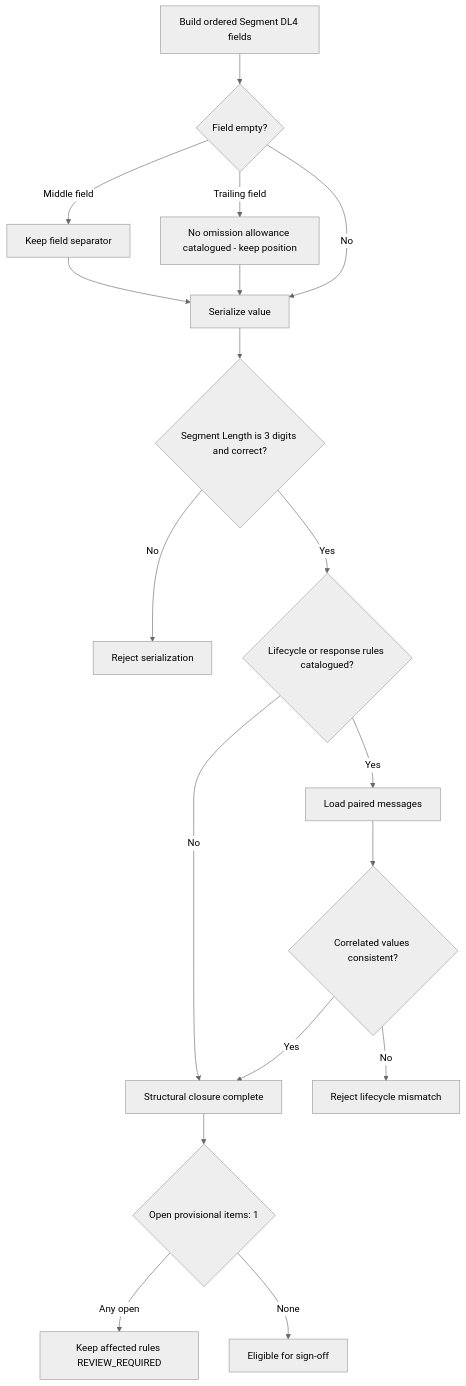
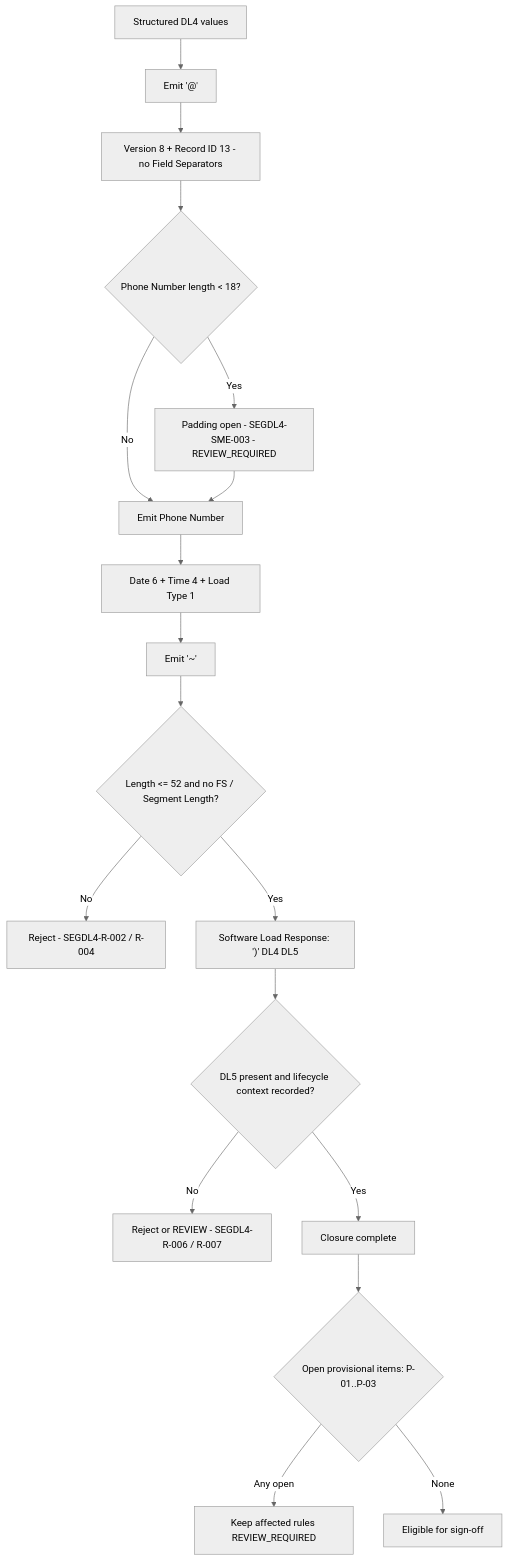
One commit to DhanSingh-hub/core-auth-ai-validation-framework changed the diagram in regression-artifact-validator/specifications/ATL105/docs/specs/kb/segment-DL4/final-closure-flow.md. Above: the diagram before and after it, drawn with Mermaid (neutral theme). The commit also changed other lines of this file and 28 other files, not shown here.

First line of the commit message:
docs(segment-DL4): retrain KB module against Segment 100, 11.7.4 Software Load and 10.10 software update processing

````diff
--- a/regression-artifact-validator/specifications/ATL105/docs/specs/kb/segment-DL4/final-closure-flow.md
+++ b/regression-artifact-validator/specifications/ATL105/docs/specs/kb/segment-DL4/final-closure-flow.md
@@ -3,21 +3,20 @@
 ```mermaid
 flowchart TD
-    A[Build ordered Segment DL4 fields] --> B{Field empty?}
-    B -->|Middle field| C[Keep field separator]
-    B -->|Trailing field| D[No omission allowance catalogued - keep position]
-    C --> F
-    D --> F
-    B -->|No| F[Serialize value]
-    F --> G{Segment Length is 3 digits and correct?}
-    G -->|No| X1[Reject serialization]
-    G -->|Yes| I
-    I{Lifecycle or response rules catalogued?}
-    I -->|No| Z[Structural closure complete]
-    I -->|Yes| J[Load paired messages]
-    J --> K{Correlated values consistent?}
-    K -->|No| X2[Reject lifecycle mismatch]
-    K -->|Yes| Z
-    Z --> P{Open provisional items: 1}
+    A[Structured DL4 values] --> B["Emit '@'"]
+    B --> C[Version 8 + Record ID 13 - no Field Separators]
+    C --> D{Phone Number length < 18?}
+    D -->|Yes| R1[Padding open - SEGDL4-SME-003 - REVIEW_REQUIRED]
+    D -->|No| E[Emit Phone Number]
+    R1 --> E
+    E --> F[Date 6 + Time 4 + Load Type 1]
+    F --> G["Emit '~'"]
+    G --> H{Length <= 52 and no FS / Segment Length?}
+    H -->|No| X1[Reject - SEGDL4-R-002 / R-004]
+    H -->|Yes| I["Software Load Response: ')' DL4 DL5"]
+    I --> J{DL5 present and lifecycle context recorded?}
+    J -->|No| X2[Reject or REVIEW - SEGDL4-R-006 / R-007]
+    J -->|Yes| Z[Closure complete]
+    Z --> P{Open provisional items: P-01..P-03}
     P -->|Any open| R[Keep affected rules REVIEW_REQUIRED]
     P -->|None| S[Eligible for sign-off]
 ```
````
